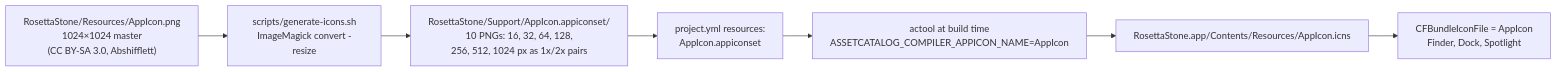
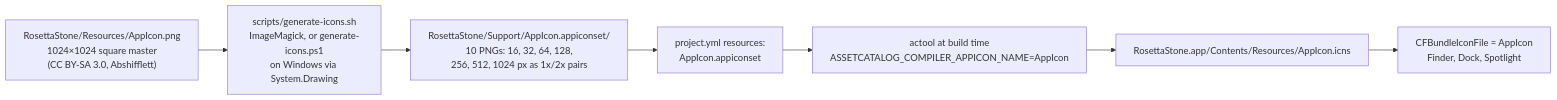
One commit to pppoipoit/Rosetta_Stone changed the tenth of 10 diagrams in docs/ARCHITECTURE.md. Above: the diagram before and after it, drawn with Mermaid. The commit also changed other lines of this file and 16 other files, not shown here.

First line of the commit message:
assets: add AppIcon.png master and generate all ten macOS icon sizes

````diff
--- a/docs/ARCHITECTURE.md
+++ b/docs/ARCHITECTURE.md
@@ -685,9 +685,9 @@
 ```mermaid
 flowchart LR
-    A["RosettaStone/Resources/AppIcon.png<br/>1024×1024 master<br/>(CC BY-SA 3.0, Abshifflett)"] --> B["scripts/generate-icons.sh<br/>ImageMagick convert -resize"]
+    A["RosettaStone/Resources/AppIcon.png<br/>1024×1024 square master<br/>(CC BY-SA 3.0, Abshifflett)"] --> B["scripts/generate-icons.sh<br/>ImageMagick, or generate-icons.ps1<br/>on Windows via System.Drawing"]
     B --> C["RosettaStone/Support/AppIcon.appiconset/<br/>10 PNGs: 16, 32, 64, 128,<br/>256, 512, 1024 px as 1x/2x pairs"]
     C --> D["project.yml resources:<br/>AppIcon.appiconset"]
     D --> E["actool at build time<br/>ASSETCATALOG_COMPILER_APPICON_NAME=AppIcon"]
     E --> F["RosettaStone.app/Contents/Resources/AppIcon.icns"]
     F --> G["CFBundleIconFile = AppIcon<br/>Finder, Dock, Spotlight"]
 ```
````
